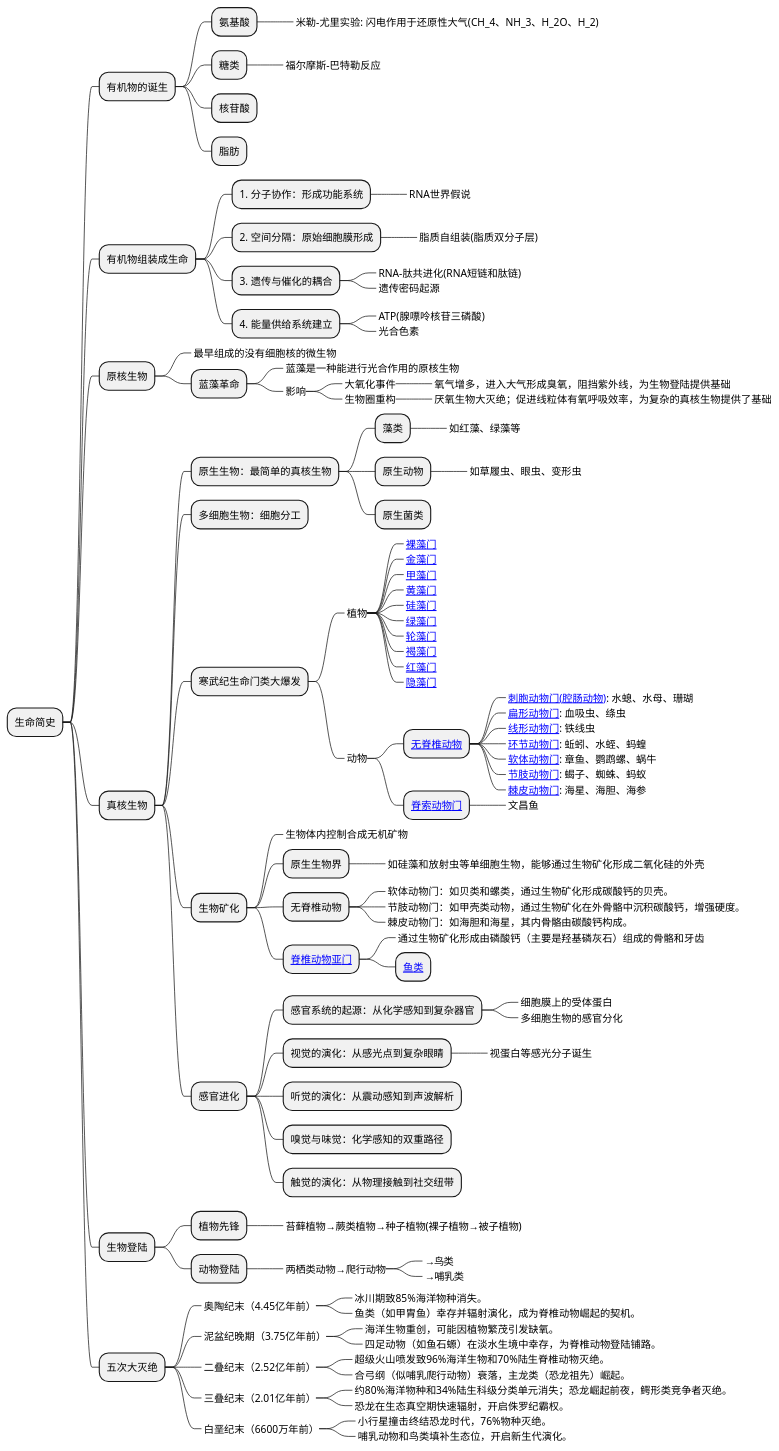
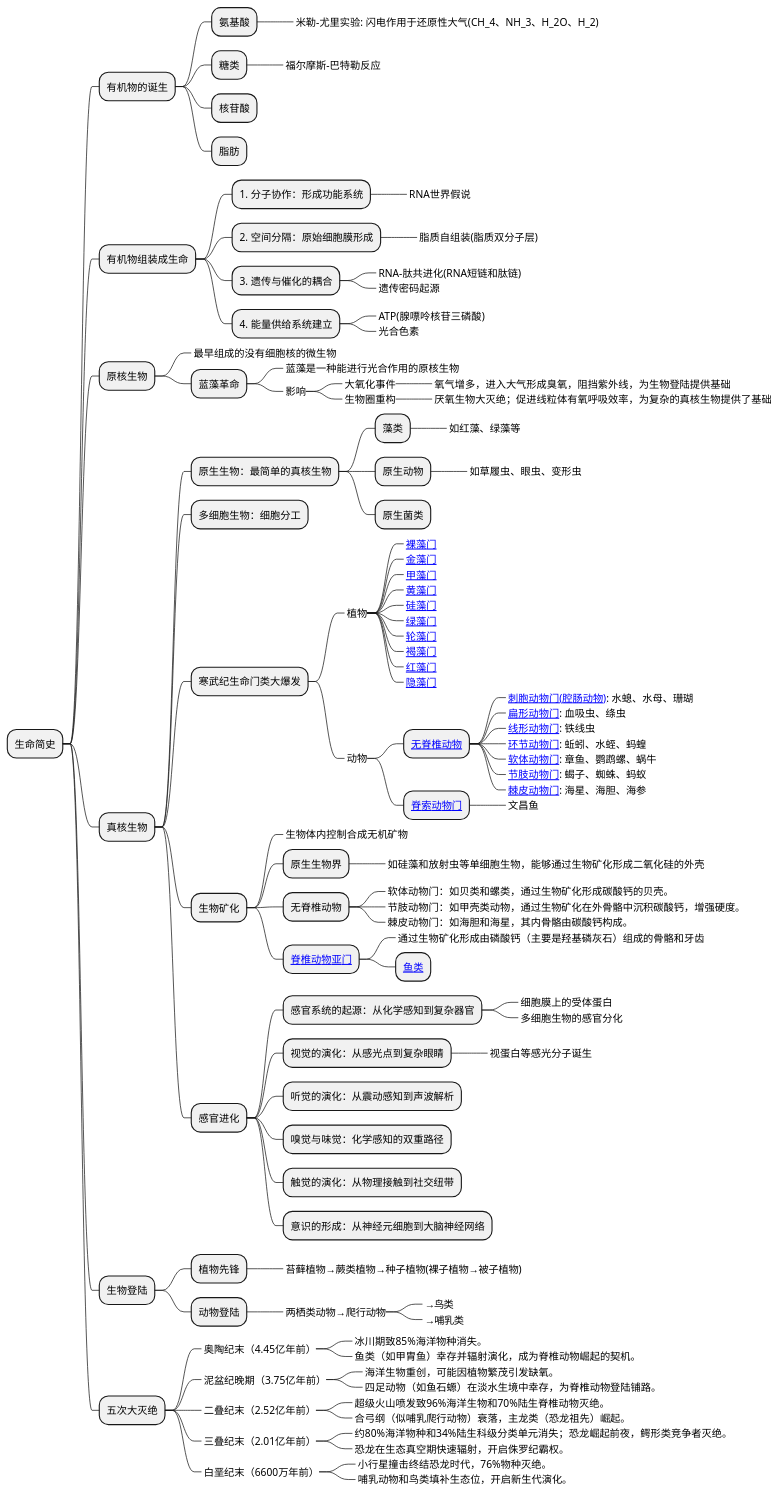
One commit to holmofy/blog.hufeifei.cn changed the diagram in source/_posts/history/life-history.md. Above: the diagram before and after it, drawn with PlantUML.

```diff
--- a/source/_posts/history/life-history.md
+++ b/source/_posts/history/life-history.md
@@ -93,6 +93,7 @@
 ++++ 听觉的演化：从震动感知到声波解析
 ++++ 嗅觉与味觉：化学感知的双重路径
 ++++ 触觉的演化：从物理接触到社交纽带
+++++ 意识的形成：从神经元细胞到大脑神经网络
 ++ 生物登陆
 +++ 植物先锋
 ++++_ 苔藓植物→蕨类植物→种子植物(裸子植物→被子植物)
```
